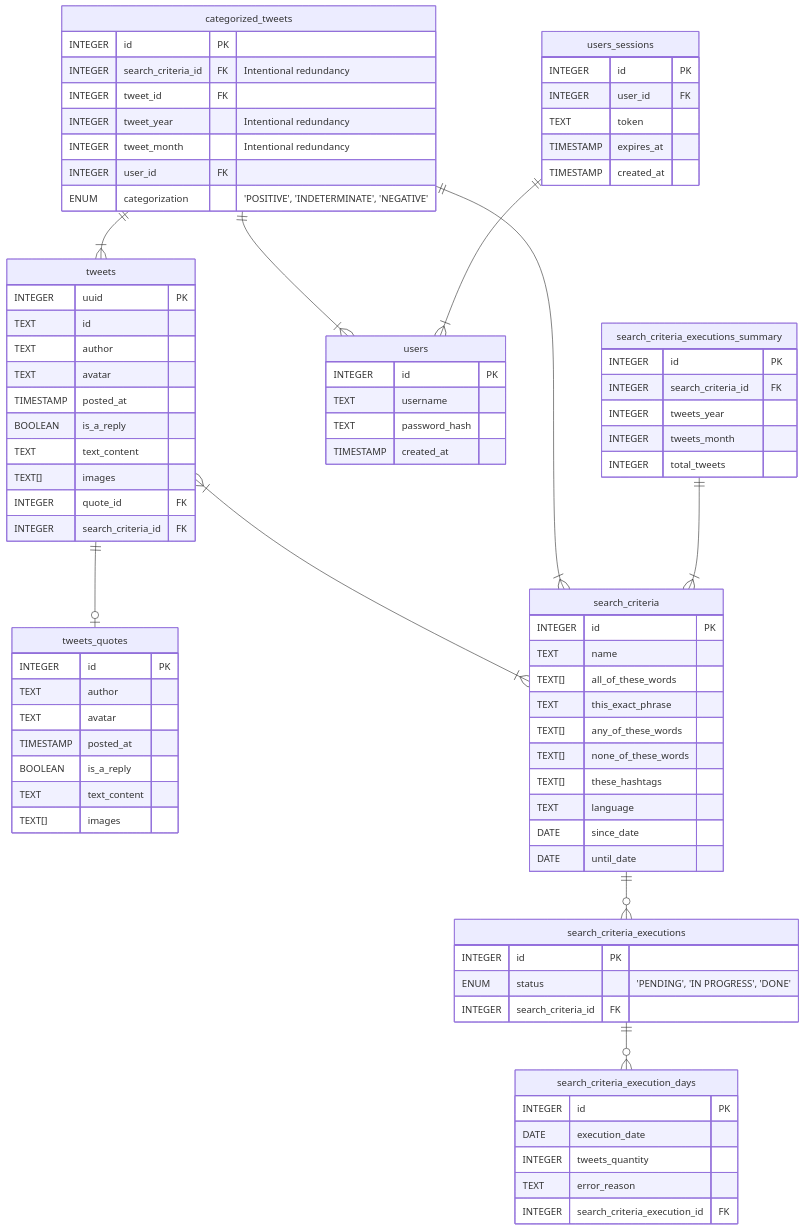
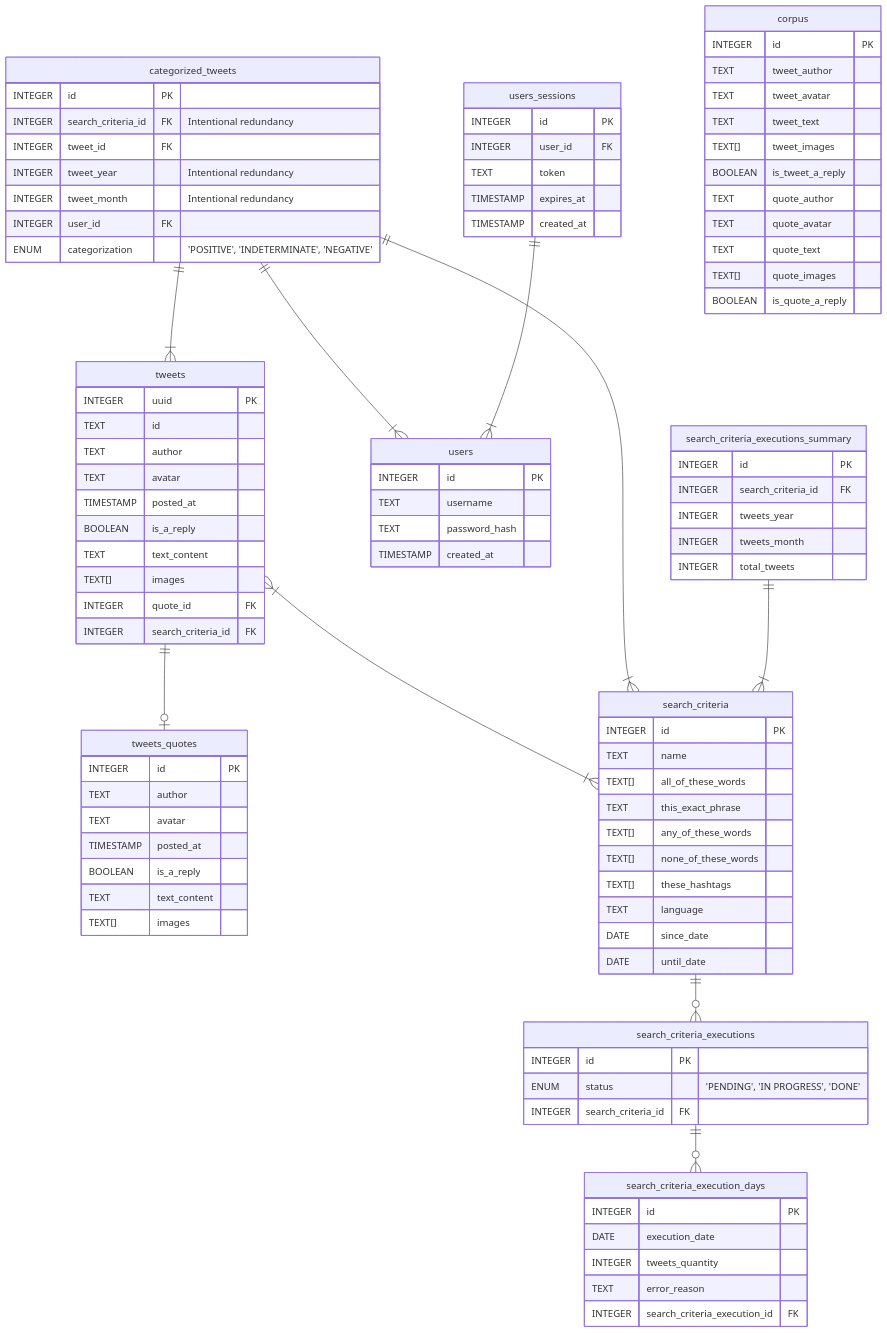
One commit to lhbelfanti/ahbcc changed the diagram in README.md. Above: the diagram before and after it, drawn with Mermaid. The commit also changed other lines of this file and 1 other file, not shown here.

Commit message:
⚡️ Added corpus table

````diff
--- a/README.md
+++ b/README.md
@@ -135,4 +135,18 @@
         INTEGER tweets_month
         INTEGER total_tweets
     }
+    
+    corpus { 
+        INTEGER id PK 
+        TEXT tweet_author
+        TEXT tweet_avatar
+        TEXT tweet_text
+        TEXT[] tweet_images
+        BOOLEAN is_tweet_a_reply
+        TEXT quote_author
+        TEXT quote_avatar
+        TEXT quote_text
+        TEXT[] quote_images
+        BOOLEAN is_quote_a_reply
+    }
 ```
````
